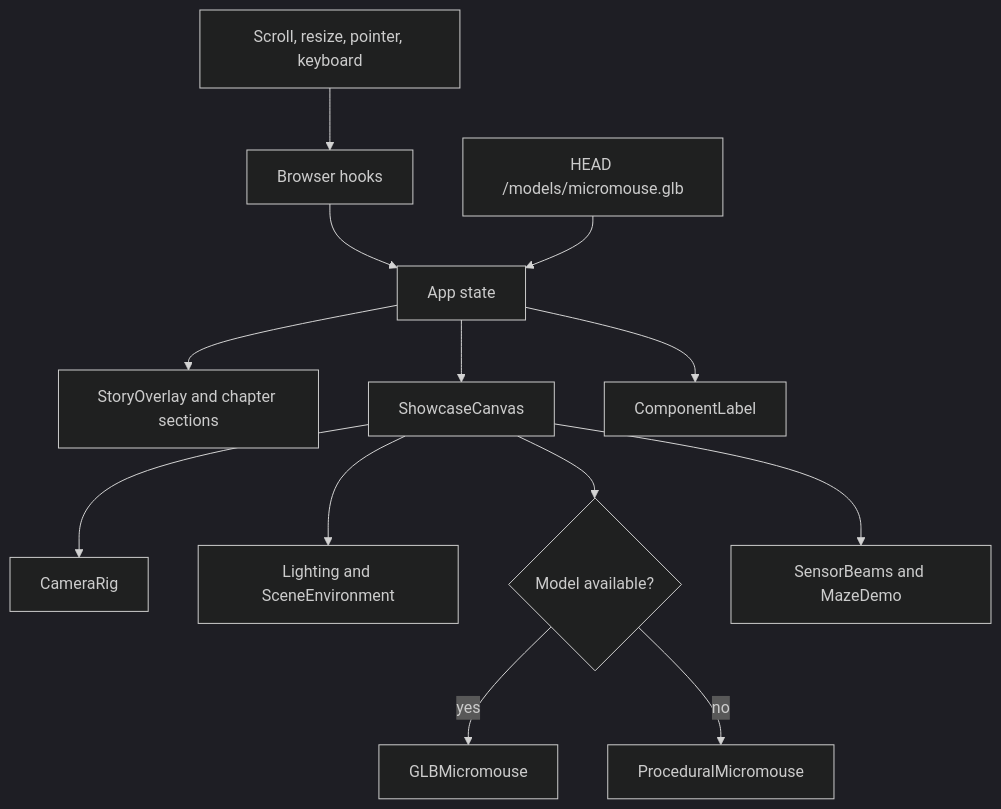
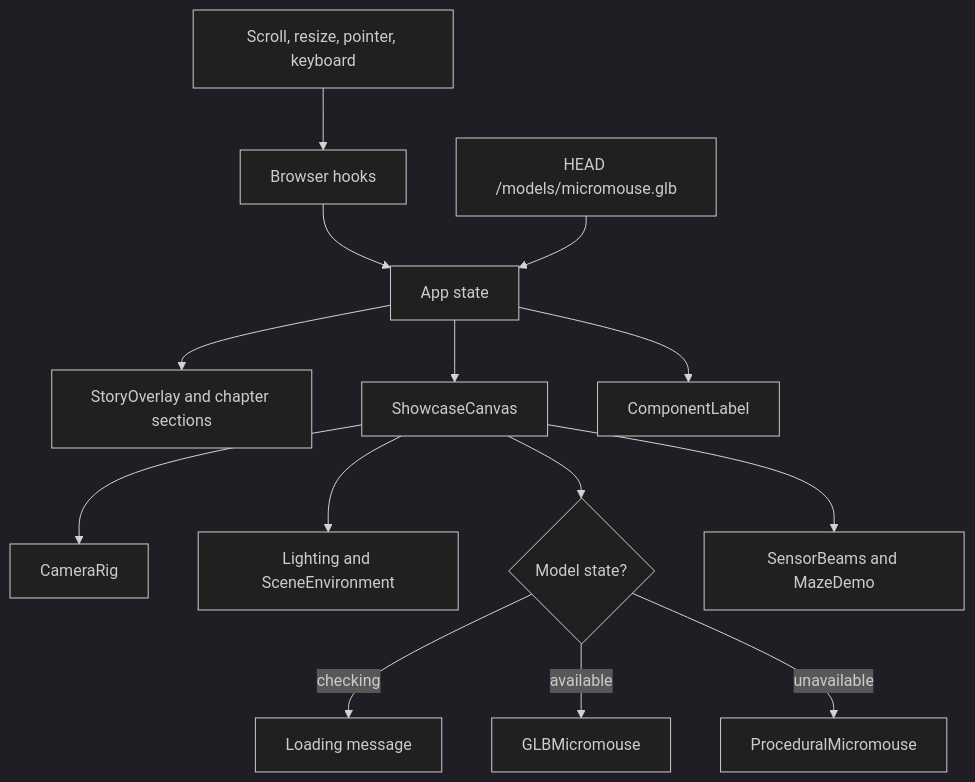
The second of 3 diagrams in micromouse-showcase/docs/architecture/README.md (RandomRunt/UNSWMicromouseDemo), drawn with Mermaid (dark theme) before and after one commit. The commit also changed other lines of this file and 18 other files, not shown here.

````diff
--- a/micromouse-showcase/docs/architecture/README.md
+++ b/micromouse-showcase/docs/architecture/README.md
@@ -41,15 +41,16 @@
 ```mermaid
 flowchart TD
     Events[Scroll, resize, pointer, keyboard] --> Hooks[Browser hooks]
     Hooks --> App[App state]
     Asset[HEAD /models/micromouse.glb] --> App
     App --> Story[StoryOverlay and chapter sections]
     App --> Canvas[ShowcaseCanvas]
     App --> Card[ComponentLabel]
     Canvas --> Camera[CameraRig]
     Canvas --> Env[Lighting and SceneEnvironment]
-    Canvas --> Model{Model available?}
-    Model -->|yes| GLB[GLBMicromouse]
-    Model -->|no| Proc[ProceduralMicromouse]
+    Canvas --> Model{Model state?}
+    Model -->|checking| Loader[Loading message]
+    Model -->|available| GLB[GLBMicromouse]
+    Model -->|unavailable| Proc[ProceduralMicromouse]
     Canvas --> Effects[SensorBeams and MazeDemo]
 ```
````
